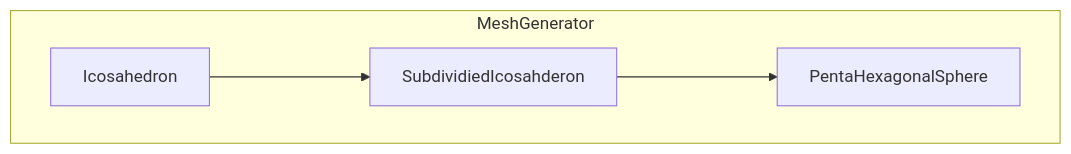
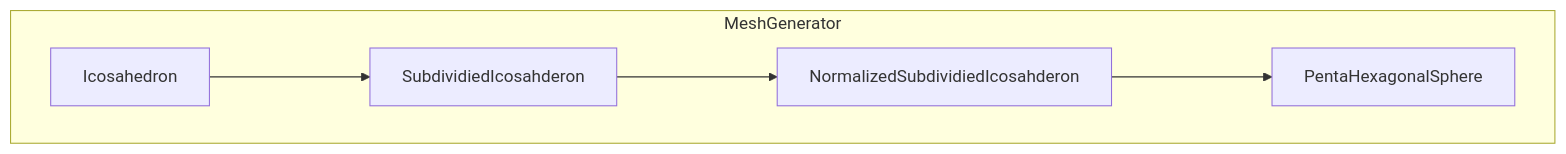
Before and after one commit to kbmhansungb/Earth: the diagram in README.md, drawn with Mermaid. The commit also changed 2 other files, not shown here.

Commit message:
Mesh를 Model로 변경하고 다시 Model을 Mesh로 변경함

````diff
--- a/README.md
+++ b/README.md
@@ -3,12 +3,14 @@
 ```mermaid
 graph TD
 
 subgraph MeshGenerator
 	Icosahedron
 	SubdividiedIcosahderon
+	NormalizedSubdividiedIcosahderon
 	PentaHexagonalSphere
 end
 
 Icosahedron--->SubdividiedIcosahderon
-SubdividiedIcosahderon--->PentaHexagonalSphere
+SubdividiedIcosahderon--->NormalizedSubdividiedIcosahderon
+NormalizedSubdividiedIcosahderon--->PentaHexagonalSphere
 ```
````
